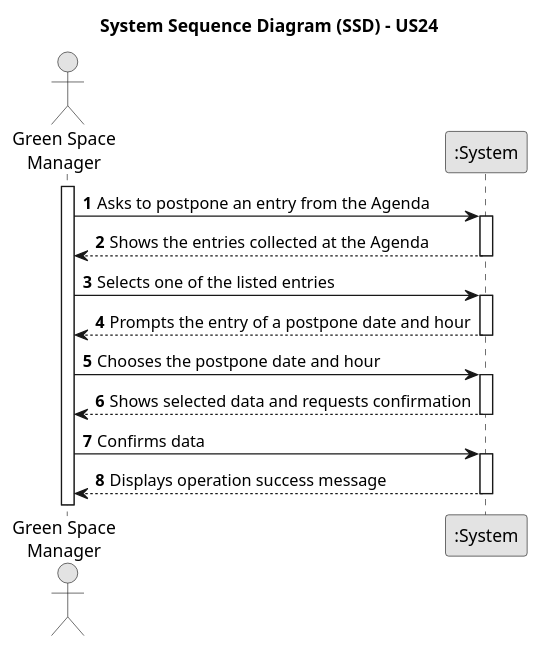
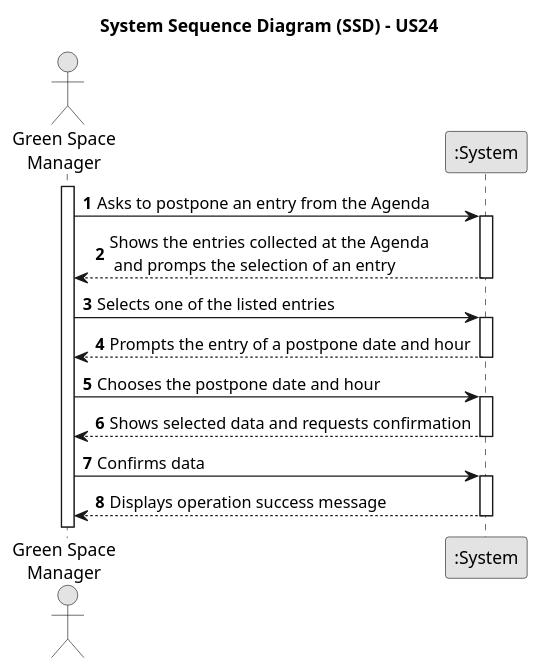
One commit to Paulo-Pereira-at-ISEP/lei-24-s2-1nanb-g321 changed the diagram in docs/sprintC/us24/01.requirements-engineering/puml/us24-system-sequence-diagram.puml. Above: the diagram before and after it, drawn with PlantUML.

Commit message:
LGGPM-176 - US24 - Req. Eng. - Updated SSD

```diff
--- a/docs/sprintC/us24/01.requirements-engineering/puml/us24-system-sequence-diagram.puml
+++ b/docs/sprintC/us24/01.requirements-engineering/puml/us24-system-sequence-diagram.puml
@@ -1,43 +1,43 @@
 @startuml
 skinparam monochrome true
 skinparam packageStyle rectangle
 skinparam shadowing false
 
 title System Sequence Diagram (SSD) - US24
 
 autonumber
 
 actor "Green Space\nManager" as Employee
 participant ":System" as System
 
 activate Employee
 
     Employee -> System : Asks to postpone an entry from the Agenda
     activate System
 
-        System --> Employee : Shows the entries collected at the Agenda
+        System --> Employee : Shows the entries collected at the Agenda\n and promps the selection of an entry
     deactivate System
 
     Employee -> System : Selects one of the listed entries
 
     activate System
 
             System --> Employee : Prompts the entry of a postpone date and hour
     deactivate System
 
     Employee -> System : Chooses the postpone date and hour
 
     activate System
 
             System --> Employee : Shows selected data and requests confirmation
     deactivate System
 
     Employee -> System : Confirms data
 
     activate System
 
                 System --> Employee : Displays operation success message
     deactivate System
 
 
 @enduml
```
